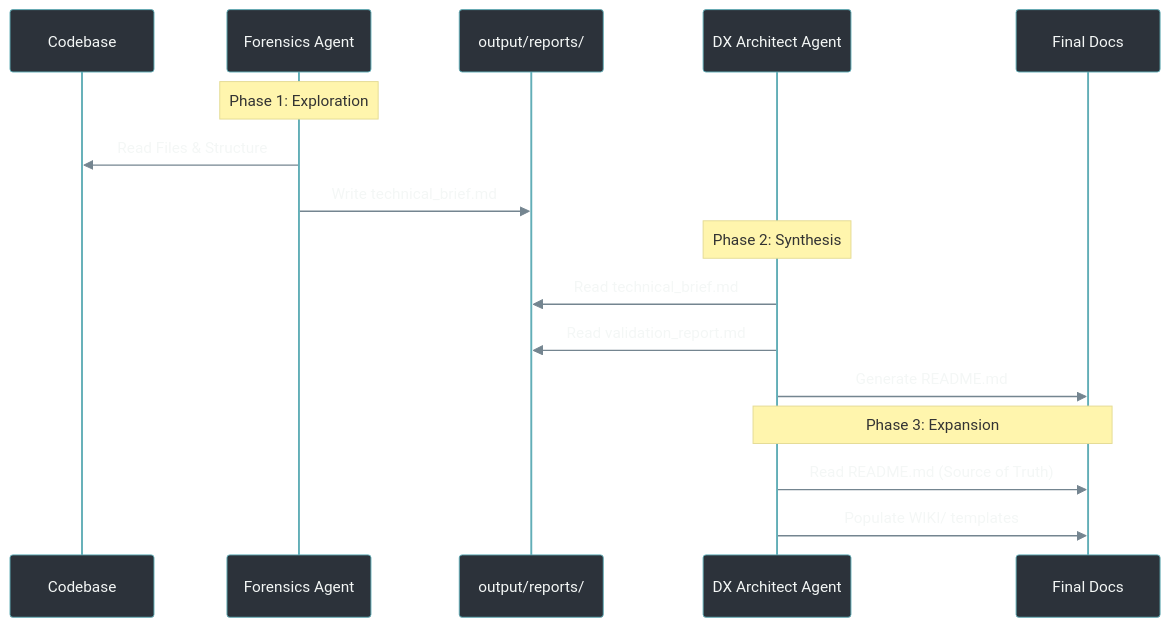
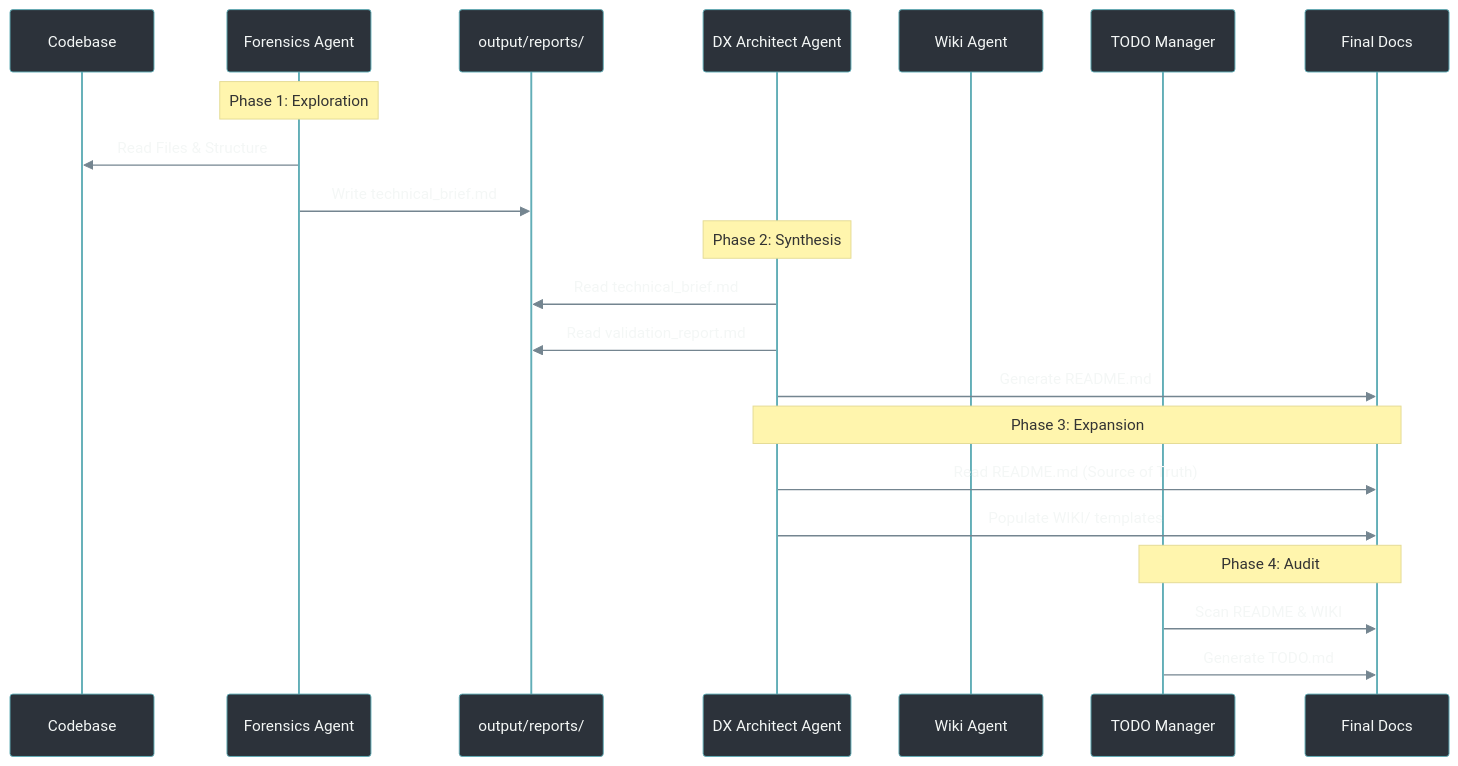
One commit to pr0methevs/agentic-doc-generator changed the second of 2 diagrams in README.md. Above: the diagram before and after it, drawn with Mermaid. The commit also changed other lines of this file, not shown here.

Commit message:
docs: document new todo-manager agent and update DX architect's output

````diff
--- a/README.md
+++ b/README.md
@@ -120,24 +131,30 @@
 ```mermaid
 sequenceDiagram
     %% Nordic Slate Theme Config
     %%{init: {'theme': 'base', 'themeVariables': { 'primaryColor': '#395671', 'primaryTextColor': '#f4f7f6', 'edgeLabelBackground':'#2c323a', 'actorBorder': '#62aeb7', 'actorBkg': '#2c323a', 'signalColor': '#748590', 'signalTextColor': '#f4f7f6', 'textColor': '#f4f7f6', 'mainBkg': '#2c323a', 'sequenceNumberColor': '#62aeb7', 'activationBorderColor': '#62aeb7'}}}%%
     
     participant Repo as Codebase
     participant Forensics as Forensics Agent
     participant Context as output/reports/
     participant DX as DX Architect Agent
+    participant WikiExp as Wiki Agent
+    participant TodoMgr as TODO Manager
     participant Docs as Final Docs
 
     Note over Forensics: Phase 1: Exploration
     Forensics->>Repo: Read Files & Structure
     Forensics->>Context: Write technical_brief.md
     
     Note over DX: Phase 2: Synthesis
     DX->>Context: Read technical_brief.md
     DX->>Context: Read validation_report.md
     DX->>Docs: Generate README.md
     
     Note over DX, Docs: Phase 3: Expansion
     DX->>Docs: Read README.md (Source of Truth)
     DX->>Docs: Populate WIKI/ templates
+
+    Note over TodoMgr, Docs: Phase 4: Audit
+    TodoMgr->>Docs: Scan README & WIKI
+    TodoMgr->>Docs: Generate TODO.md
 ```
````
